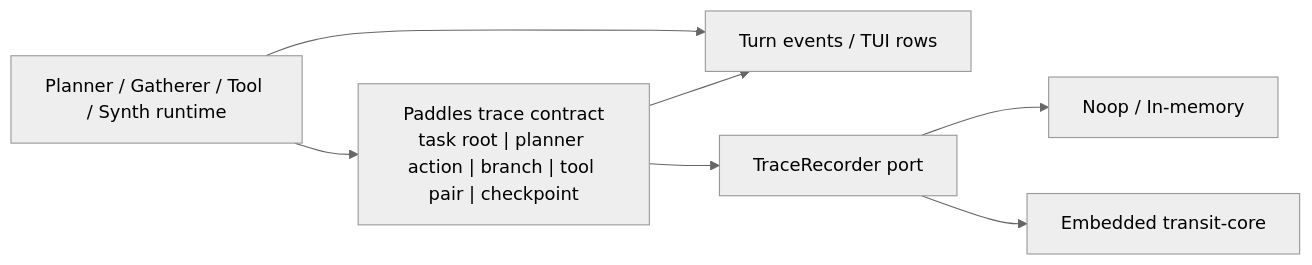
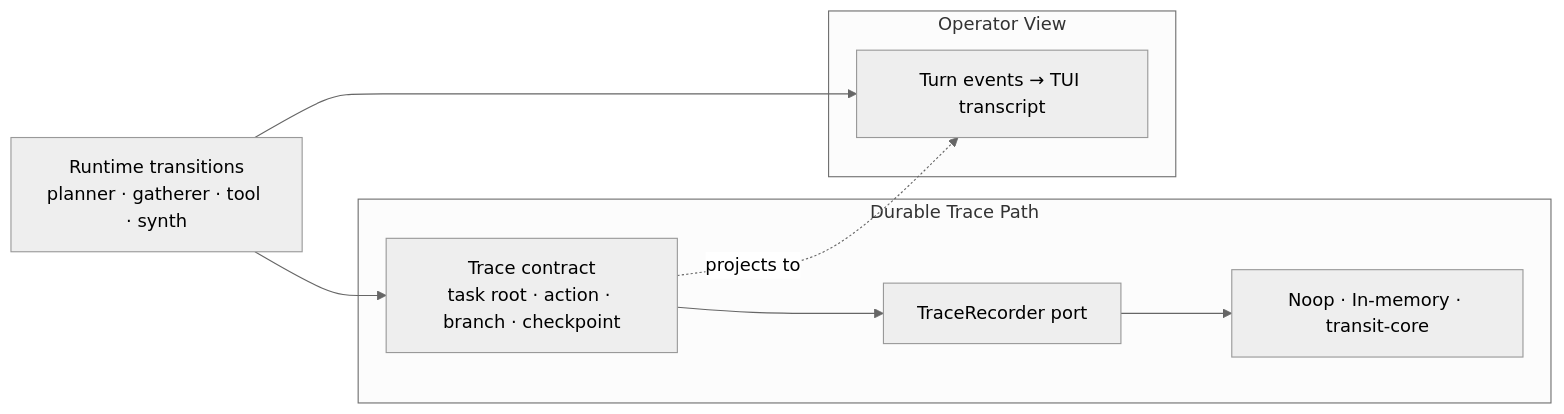
Before and after one commit to spoke-sh/paddles: the fourth of 5 diagrams in README.md, drawn with Mermaid (neutral theme). The commit also changed other lines of this file and 6 other files, not shown here.

First line of the commit message:
docs: rewrite foundational documents for clarity and narrative flow

````diff
--- a/README.md
+++ b/README.md
@@ -107,14 +116,18 @@
 ```mermaid
 flowchart LR
-    Turn["Planner / Gatherer / Tool / Synth runtime"]
-    Records["Paddles trace contract<br/>task root | planner action | branch | tool pair | checkpoint"]
-    Events["Turn events / TUI rows"]
-    Port["TraceRecorder port"]
-    Noop["Noop / In-memory"]
-    Transit["Embedded transit-core"]
+    Runtime["Runtime transitions<br/>planner · gatherer · tool · synth"]
 
-    Turn --> Records --> Port --> Noop
-    Turn --> Events
-    Port --> Transit
-    Records --> Events
+    subgraph Recording ["Durable Trace Path"]
+        Contract["Trace contract<br/>task root · action · branch · checkpoint"]
+        Port["TraceRecorder port"]
+        Adapters["Noop · In-memory · transit-core"]
+    end
+
+    subgraph Display ["Operator View"]
+        Events["Turn events → TUI transcript"]
+    end
+
+    Runtime --> Contract --> Port --> Adapters
+    Runtime --> Events
+    Contract -.->|"projects to"| Events
 ```
````
